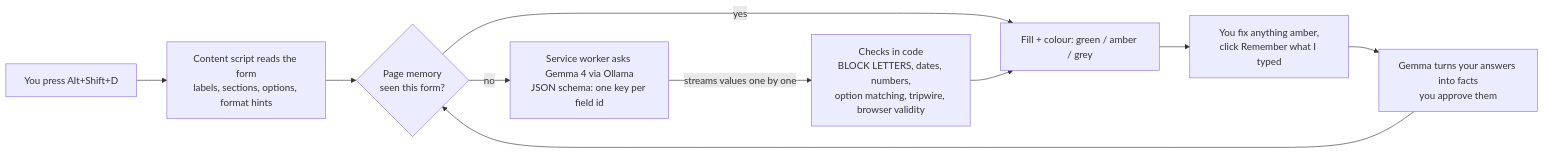
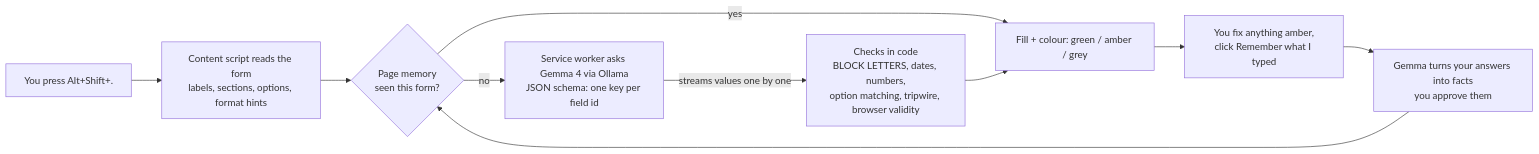
Before and after one commit to dragon-slayer27/ditto: the diagram in README.md, drawn with Mermaid. The commit also changed other lines of this file and 21 other files, not shown here.

````diff
--- a/README.md
+++ b/README.md
@@ -34,12 +34,12 @@
 ```mermaid
 flowchart LR
-  A[You press Alt+Shift+D] --> B[Content script reads the form<br/>labels, sections, options, format hints]
+  A[You press Alt+Shift+.] --> B[Content script reads the form<br/>labels, sections, options, format hints]
   B --> C{Page memory<br/>seen this form?}
   C -- yes --> F
   C -- no --> D[Service worker asks Gemma 4 via Ollama<br/>JSON schema: one key per field id]
   D -- streams values one by one --> E[Checks in code<br/>BLOCK LETTERS, dates, numbers,<br/>option matching, tripwire, browser validity]
   E --> F[Fill + colour: green / amber / grey]
   F --> G[You fix anything amber,<br/>click Remember what I typed]
   G --> H[Gemma turns your answers into facts<br/>you approve them]
   H --> C
 ```
````
